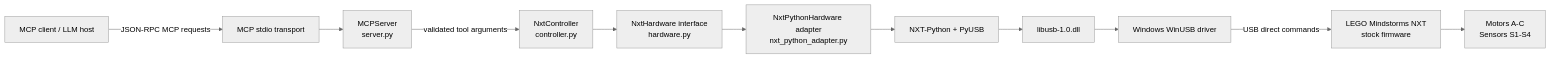
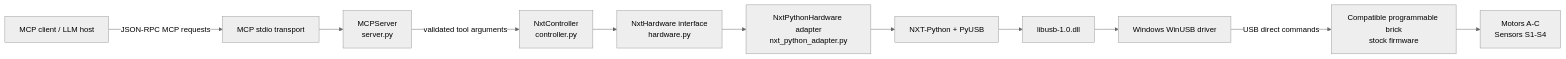
Before and after one commit to Lukx19/NXT-MCP: the first of 9 diagrams in ARCHITECTURE.md, drawn with Mermaid (neutral theme). The commit also changed other lines of this file and 16 other files, not shown here.

````diff
--- a/ARCHITECTURE.md
+++ b/ARCHITECTURE.md
@@ -17,25 +22,25 @@
 ```mermaid
 flowchart LR
     Client["MCP client / LLM host"]
     Transport["MCP stdio transport"]
     Server["MCPServer<br/>server.py"]
     Controller["NxtController<br/>controller.py"]
     Hardware["NxtHardware interface<br/>hardware.py"]
     Adapter["NxtPythonHardware adapter<br/>nxt_python_adapter.py"]
     PyUSB["NXT-Python + PyUSB"]
     LibUSB["libusb-1.0.dll"]
     WinUSB["Windows WinUSB driver"]
-    Brick["LEGO Mindstorms NXT<br/>stock firmware"]
+    Brick["Compatible programmable brick<br/>stock firmware"]
     IO["Motors A-C<br/>Sensors S1-S4"]
 
     Client -->|JSON-RPC MCP requests| Transport
     Transport --> Server
     Server -->|validated tool arguments| Controller
     Controller --> Hardware
     Hardware --> Adapter
     Adapter --> PyUSB
     PyUSB --> LibUSB
     LibUSB --> WinUSB
     WinUSB -->|USB direct commands| Brick
     Brick --> IO
 ```
````
